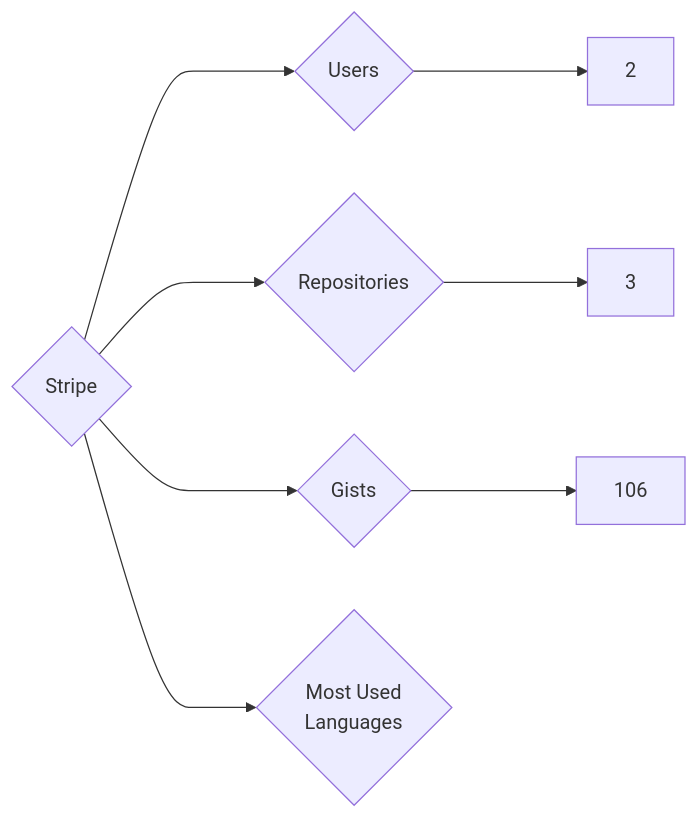
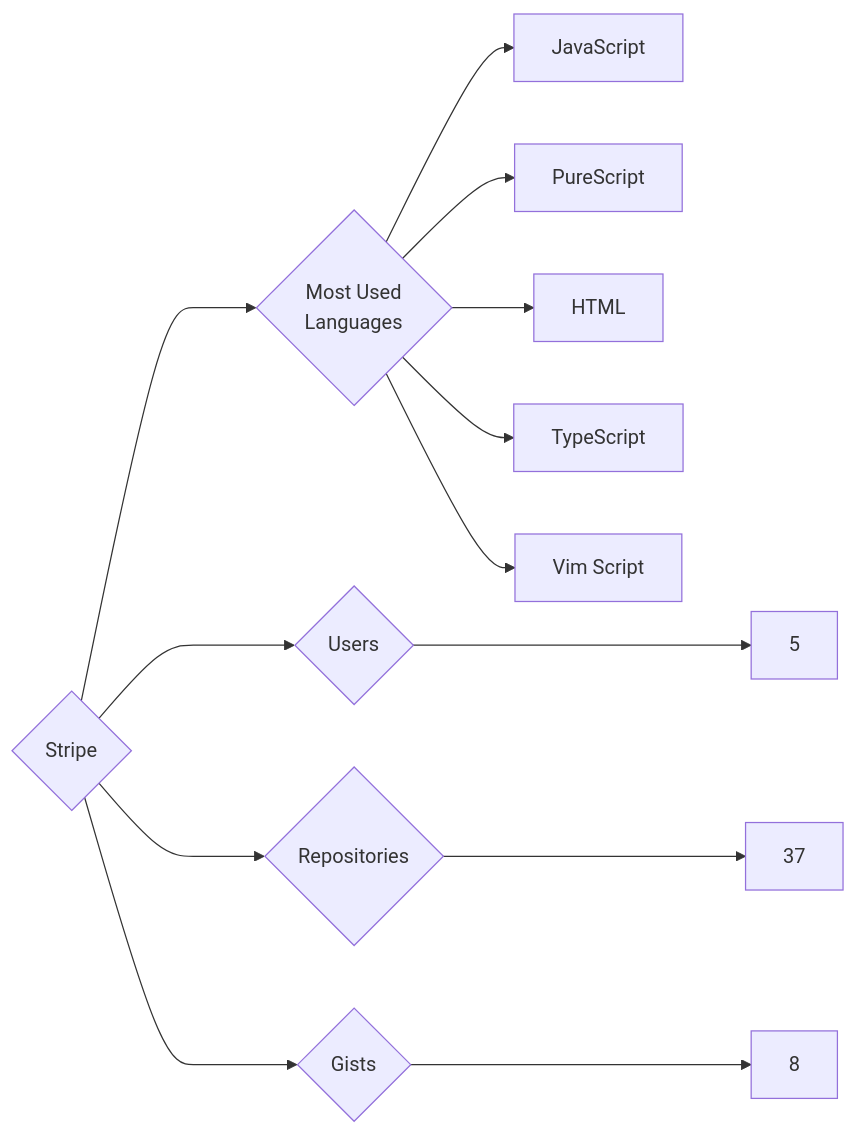
One commit to trickest/insiders changed the diagram in targets/Stripe/README.md. Above: the diagram before and after it, drawn with Mermaid. The commit also changed 815 other files, not shown here.

````diff
--- a/targets/Stripe/README.md
+++ b/targets/Stripe/README.md
@@ -3,8 +3,13 @@
 ```mermaid
 graph LR
 COMPANY_NAME{Stripe}
-COMPANY_NAME ---> U{Users} ---> UN[2]
-COMPANY_NAME ---> R{Repositories} ---> RN[3]
-COMPANY_NAME ---> G{Gists} ---> GN[106]
+COMPANY_NAME ---> U{Users} ---> UN[5]
+COMPANY_NAME ---> R{Repositories} ---> RN[37]
+COMPANY_NAME ---> G{Gists} ---> GN[8]
 COMPANY_NAME ---> ML{Most Used<br>Languages}
+ML --> JavaScript[JavaScript]
+ML --> PureScript[PureScript]
+ML --> HTML[HTML]
+ML --> TypeScript[TypeScript]
+ML --> Vim_Script[Vim Script]
 ```
````
